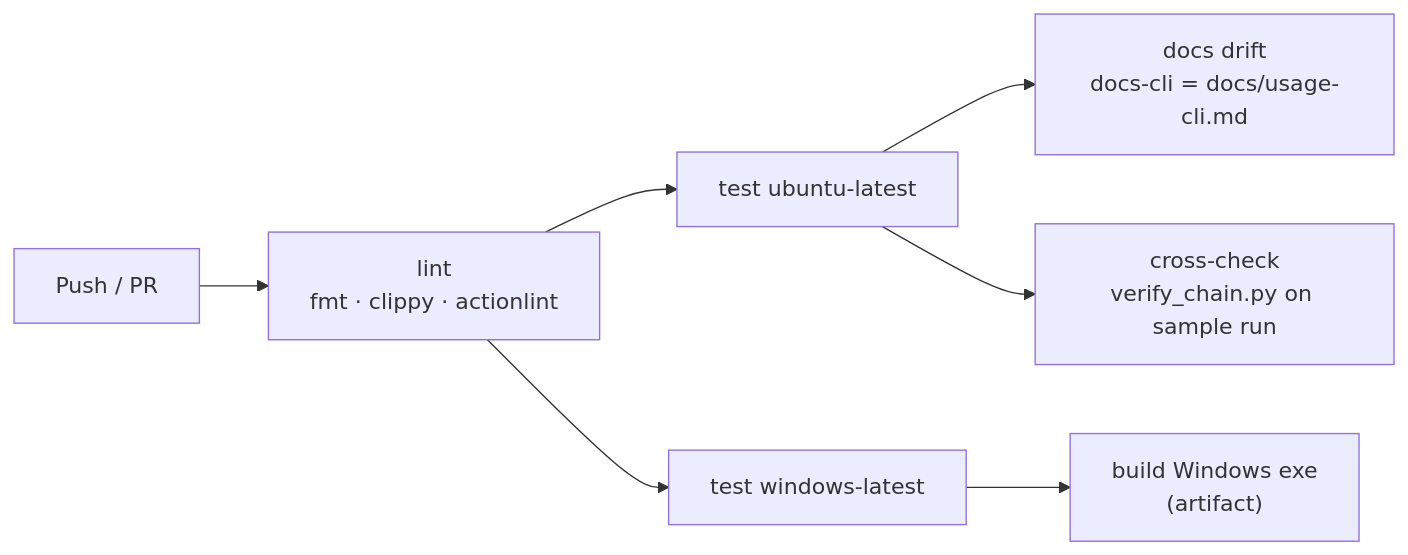
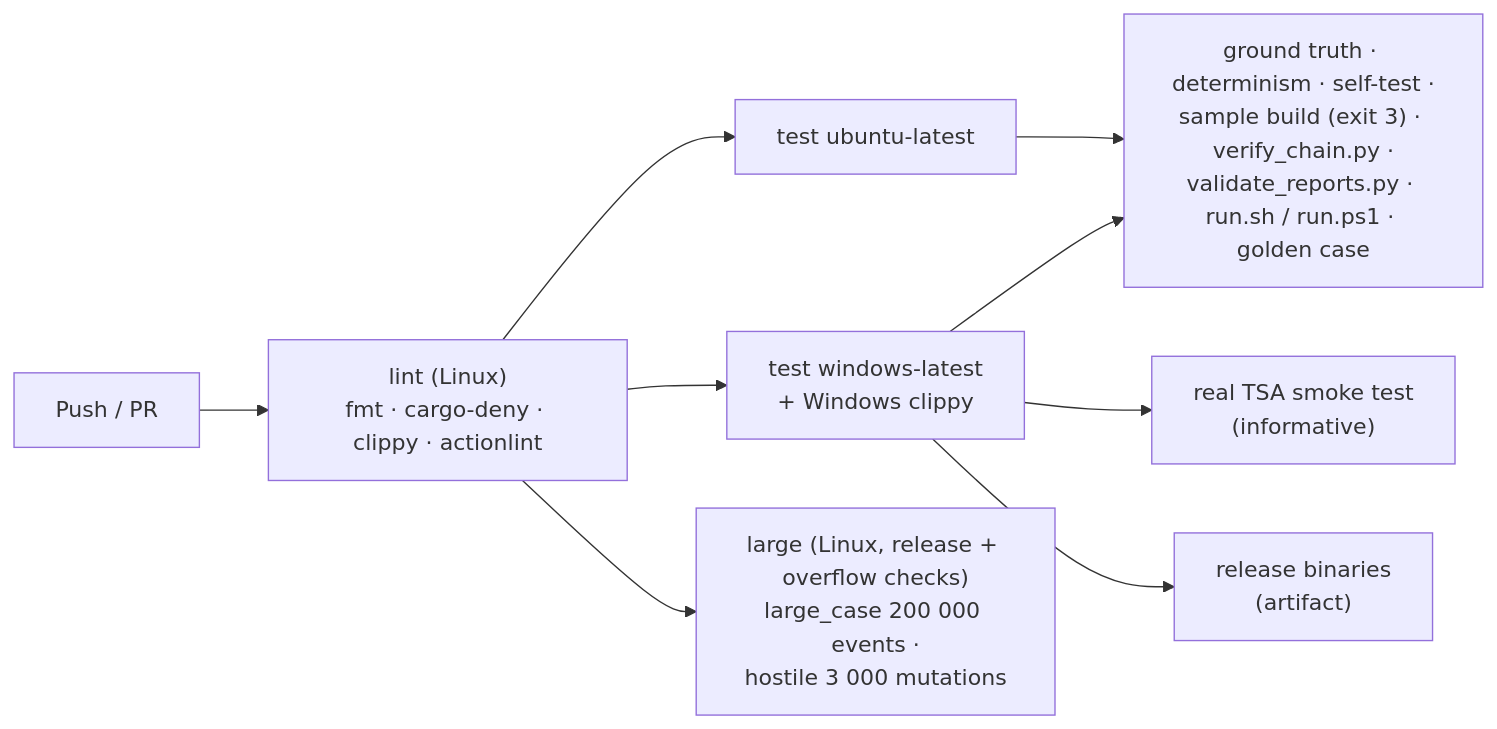
Before and after one commit to Panacota96/rv-timeline: the fourth of 5 diagrams in docs/development.md, drawn with Mermaid. The commit also changed other lines of this file and 984 other files, not shown here.

First line of the commit message:
feat: RV Timeline v0.1 — cited case timeline from the Rakvor tools' outputs (#3)

````diff
--- a/docs/development.md
+++ b/docs/development.md
@@ -29,9 +189,10 @@
 ```mermaid
 flowchart LR
-    PR["Push / PR"] --> L["lint<br/>fmt · clippy · actionlint"]
+    PR["Push / PR"] --> L["lint (Linux)<br/>fmt · cargo-deny · clippy · actionlint"]
     L --> T1["test ubuntu-latest"]
-    L --> T2["test windows-latest"]
-    T1 --> D["docs drift<br/>docs-cli = docs/usage-cli.md"]
-    T1 --> X["cross-check<br/>verify_chain.py on sample run"]
-    T2 --> B["build Windows exe<br/>(artifact)"]
+    L --> T2["test windows-latest<br/>+ Windows clippy"]
+    T1 & T2 --> S["ground truth · determinism · self-test ·<br/>sample build (exit 3) · verify_chain.py ·<br/>validate_reports.py · run.sh / run.ps1 · golden case"]
+    L --> LG["large (Linux, release + overflow checks)<br/>large_case 200 000 events ·<br/>hostile 3 000 mutations"]
+    T2 --> TSA["real TSA smoke test<br/>(informative)"]
+    T2 --> B["release binaries<br/>(artifact)"]
 ```
````
